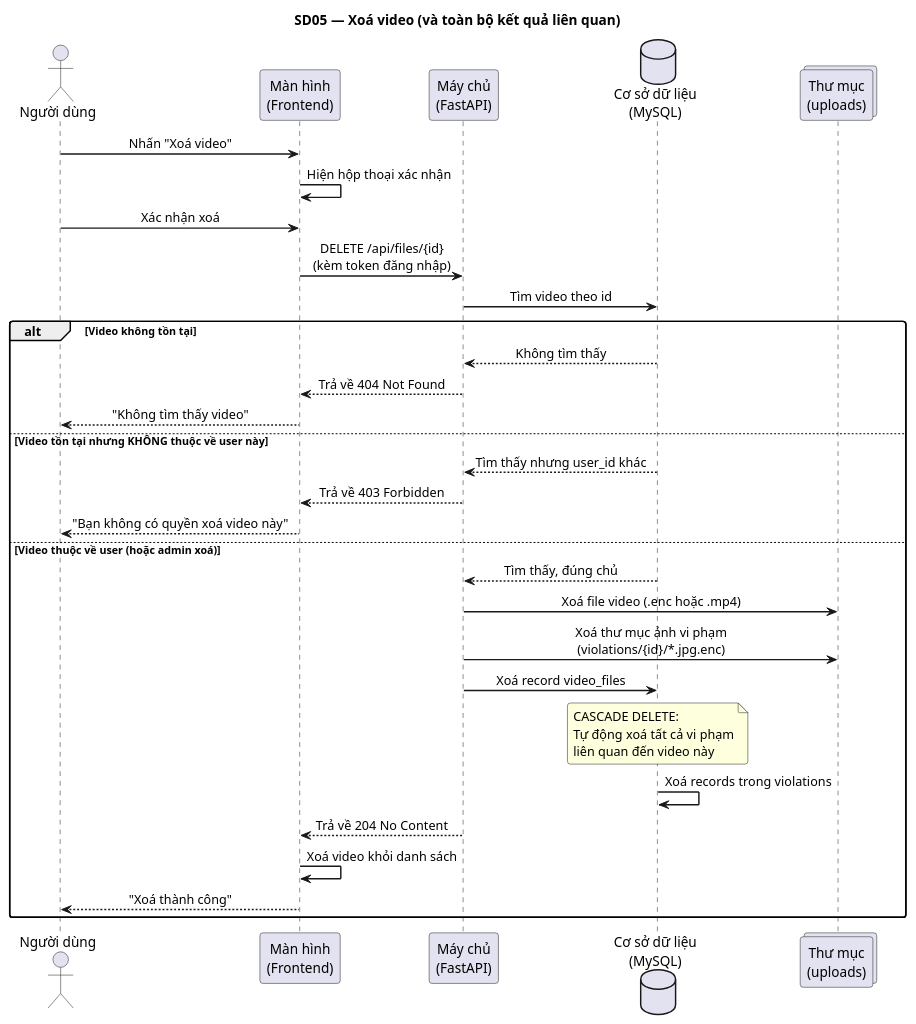
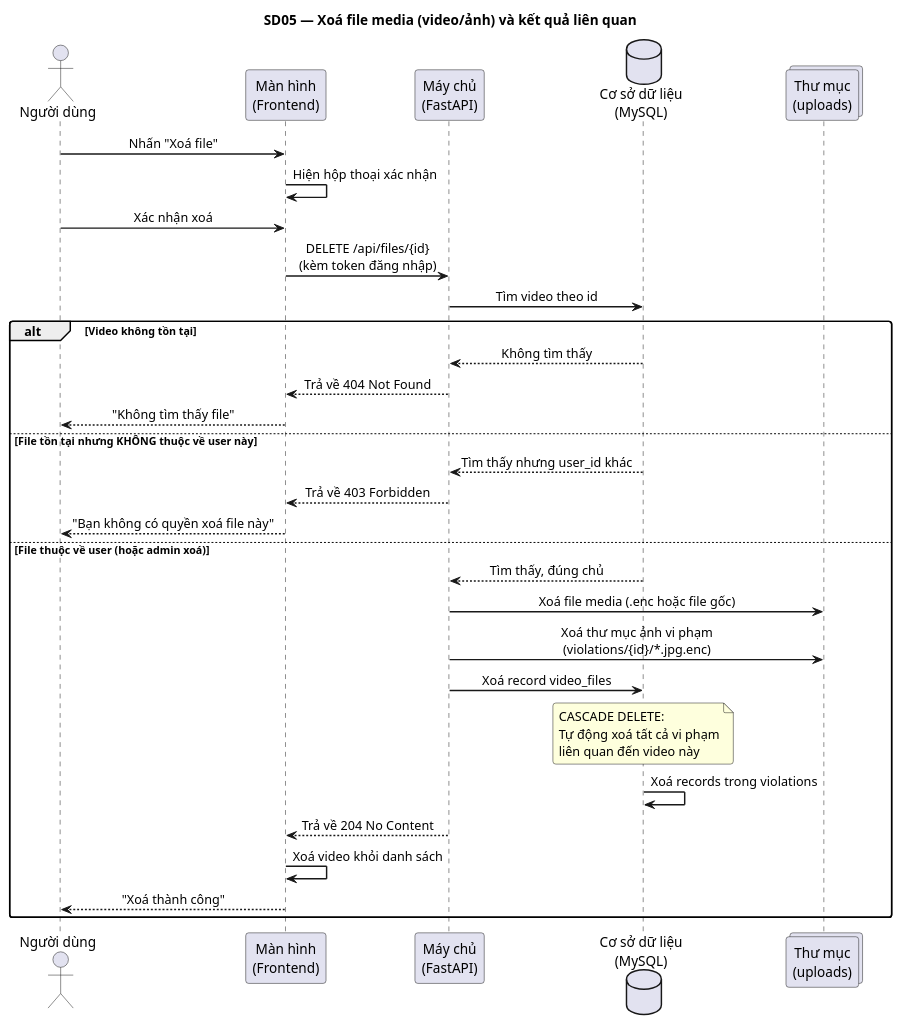
The fifth of 7 diagrams in 3SOC_Sequence_Diagrams_QA.puml (giangmichy/Do_an), drawn with PlantUML before and after one commit. The commit also changed other lines of this file and 14 other files, not shown here.

```diff
--- a/3SOC_Sequence_Diagrams_QA.puml
+++ b/3SOC_Sequence_Diagrams_QA.puml
@@ -221,48 +223,48 @@
 @startuml SD05_XoaVideo
-title SD05 — Xoá video (và toàn bộ kết quả liên quan)
+title SD05 — Xoá file media (video/ảnh) và kết quả liên quan
 
 skinparam sequenceMessageAlign center
 skinparam ParticipantPadding 20
 skinparam BoxPadding 10
 skinparam sequenceArrowThickness 1.5
 skinparam roundcorner 6
 
 actor       "Người dùng" as User
 participant "Màn hình\n(Frontend)"  as FE
 participant "Máy chủ\n(FastAPI)"    as BE
 database    "Cơ sở dữ liệu\n(MySQL)" as DB
 collections "Thư mục\n(uploads)"    as Disk
 
-User -> FE : Nhấn "Xoá video"
+User -> FE : Nhấn "Xoá file"
 FE -> FE : Hiện hộp thoại xác nhận
 User -> FE : Xác nhận xoá
 FE -> BE : DELETE /api/files/{id}\n(kèm token đăng nhập)
 BE -> DB : Tìm video theo id
 
 alt Video không tồn tại
     DB --> BE : Không tìm thấy
     BE --> FE : Trả về 404 Not Found
-    FE --> User : "Không tìm thấy video"
-else Video tồn tại nhưng KHÔNG thuộc về user này
+    FE --> User : "Không tìm thấy file"
+else File tồn tại nhưng KHÔNG thuộc về user này
     DB --> BE : Tìm thấy nhưng user_id khác
     BE --> FE : Trả về 403 Forbidden
-    FE --> User : "Bạn không có quyền xoá video này"
-else Video thuộc về user (hoặc admin xoá)
+    FE --> User : "Bạn không có quyền xoá file này"
+else File thuộc về user (hoặc admin xoá)
     DB --> BE : Tìm thấy, đúng chủ
 
-    BE -> Disk : Xoá file video (.enc hoặc .mp4)
+    BE -> Disk : Xoá file media (.enc hoặc file gốc)
     BE -> Disk : Xoá thư mục ảnh vi phạm\n(violations/{id}/*.jpg.enc)
     BE -> DB : Xoá record video_files
     note over DB
       CASCADE DELETE:
       Tự động xoá tất cả vi phạm
       liên quan đến video này
     end note
     DB -> DB : Xoá records trong violations
 
     BE --> FE : Trả về 204 No Content
     FE -> FE : Xoá video khỏi danh sách
     FE --> User : "Xoá thành công"
 end
 
 @enduml
```
